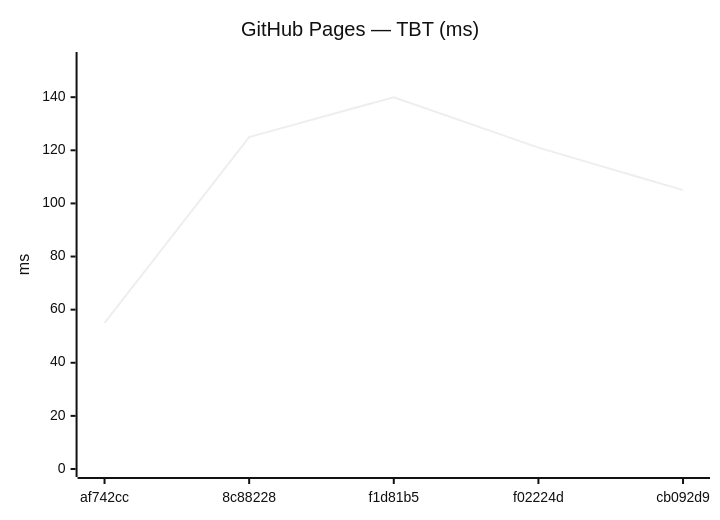
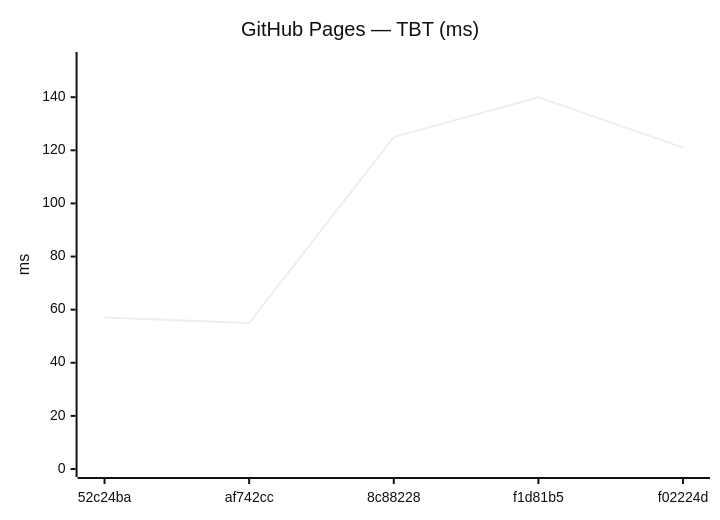
The tenth of 18 diagrams in benchmarks/compare.md (Metaheurist/Rianell), drawn with Mermaid (neutral theme) before and after one commit. The commit also changed other lines of this file and 11 other files, not shown here.

````diff
--- a/benchmarks/compare.md
+++ b/benchmarks/compare.md
@@ -149,7 +149,7 @@
 ```mermaid
 xychart-beta
     title "GitHub Pages — TBT (ms)"
-    x-axis ["af742cc", "8c88228", "f1d81b5", "f02224d", "cb092d9"]
+    x-axis ["52c24ba", "af742cc", "8c88228", "f1d81b5", "f02224d"]
     y-axis "ms" 0 --> 154
-    line [55, 125, 140, 121, 105]
+    line [57, 55, 125, 140, 121]
 ```
````
